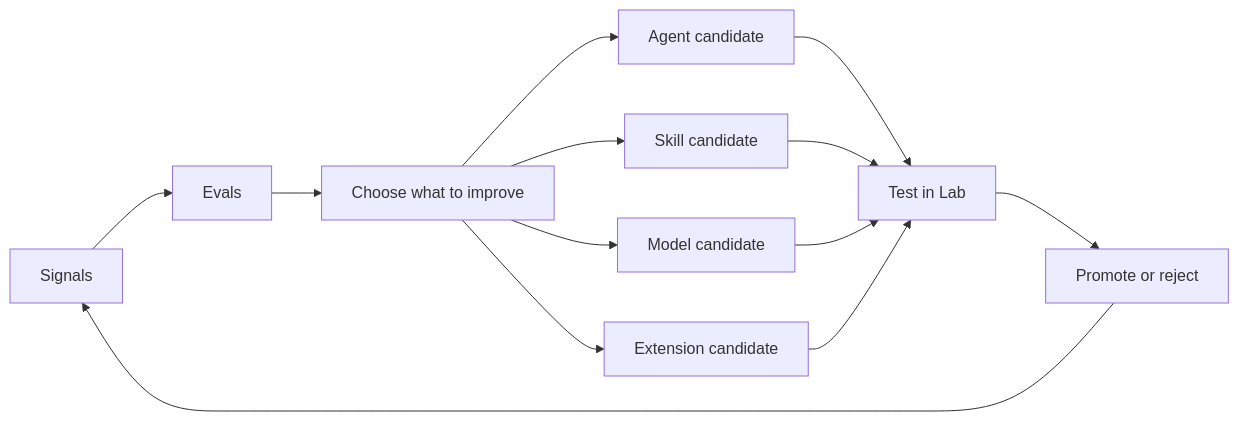
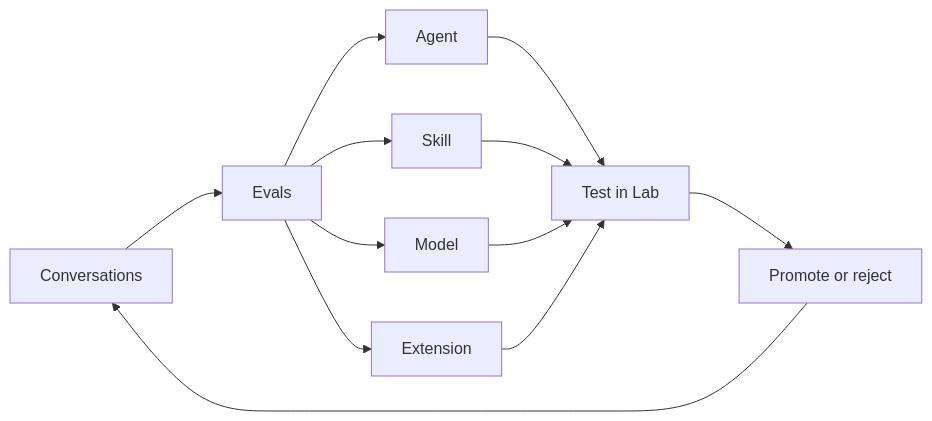
Before and after one commit to openpond/openpond: the diagram in README.md, drawn with Mermaid. The commit also changed other lines of this file and 20 other files, not shown here.

````diff
--- a/README.md
+++ b/README.md
@@ -21,15 +34,14 @@
 ```mermaid
 flowchart LR
-    S["Signals"] --> E["Evals"]
-    E --> R["Choose what to improve"]
-    R --> A["Agent candidate"]
-    R --> K["Skill candidate"]
-    R --> M["Model candidate"]
-    R --> X["Extension candidate"]
+    S["Conversations"] --> E["Evals"]
+    E --> A["Agent"]
+    E --> K["Skill"]
+    E --> M["Model"]
+    E --> X["Extension"]
     A --> V["Test in Lab"]
     K --> V
     M --> V
     X --> V
     V --> P["Promote or reject"]
     P --> S
 ```
````
